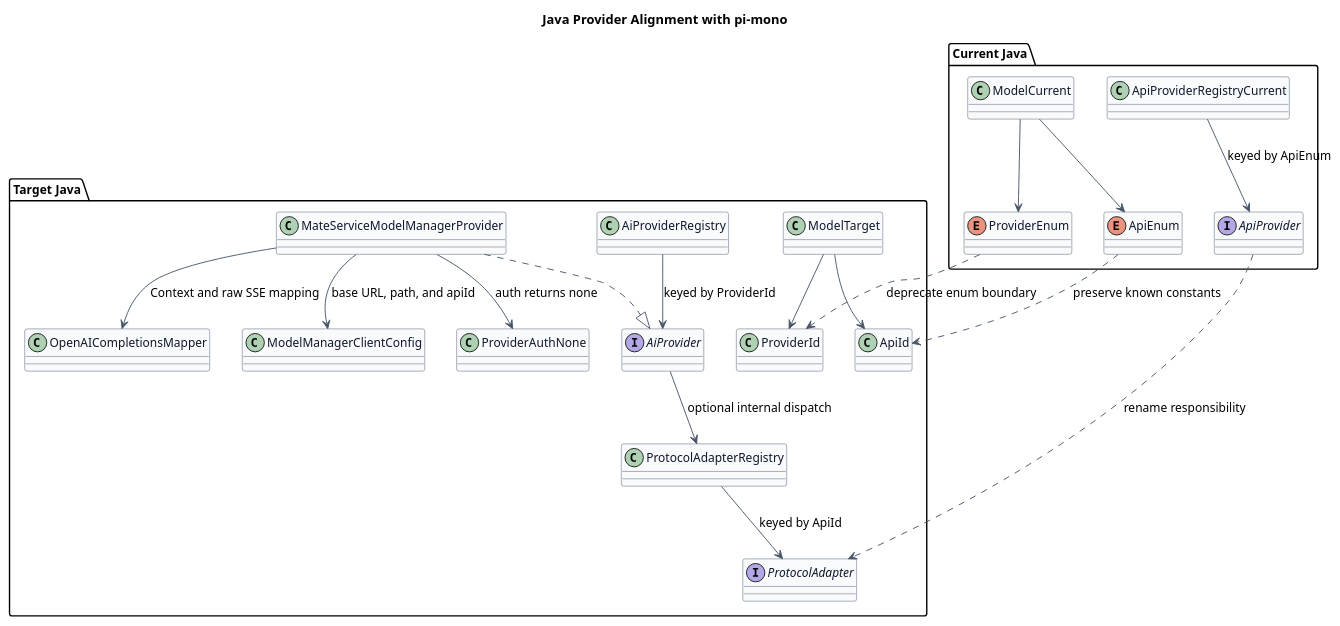
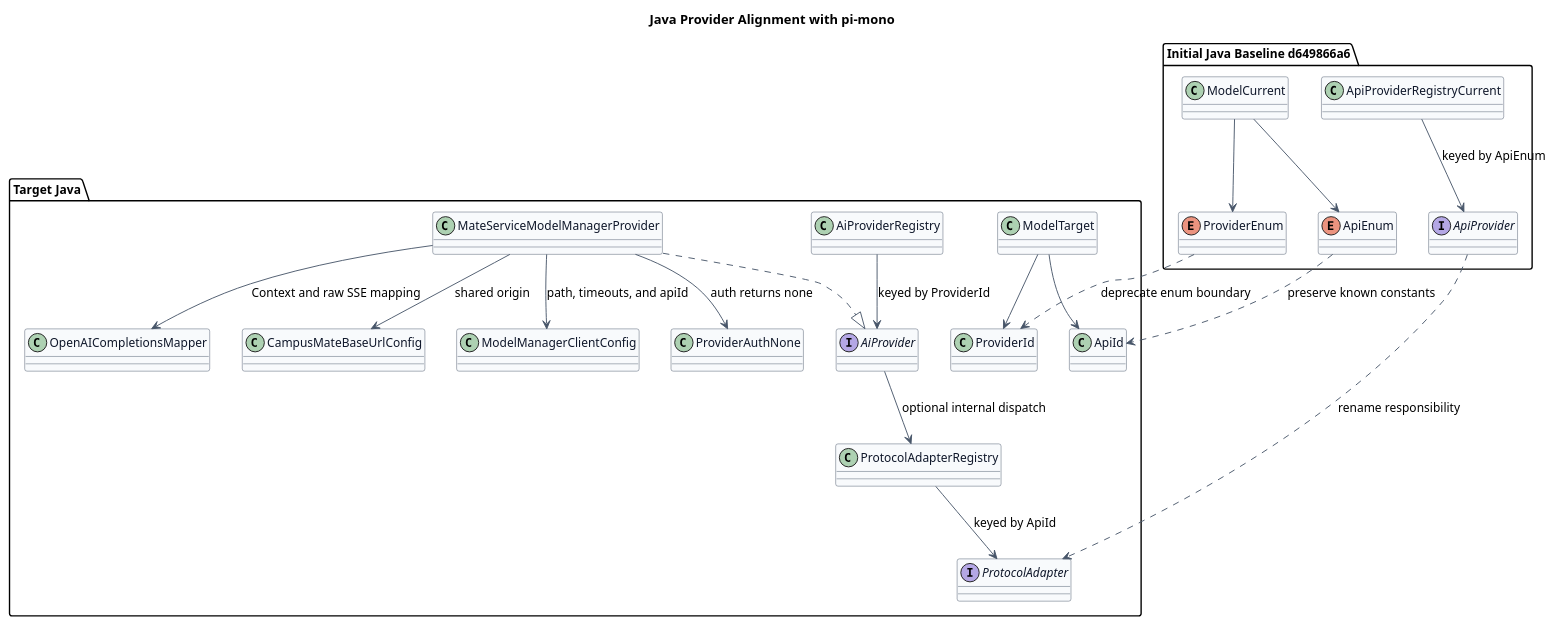
One commit to ssm0808/pi-mono-java-design changed the fourth of 5 diagrams in model-manager-provider-contract/diagram.puml. Above: the diagram before and after it, drawn with PlantUML. The commit also changed other lines of this file and 9 other files, not shown here.

```diff
--- a/model-manager-provider-contract/diagram.puml
+++ b/model-manager-provider-contract/diagram.puml
@@ -221,61 +226,65 @@
 @startuml java_provider_alignment
 title Java Provider Alignment with pi-mono
 
 ' Source evidence:
 ' pi-mono packages/ai/src/models.ts: Provider and Models registry keyed by provider.id
 ' pi-mono packages/ai/src/api/openai-completions.ts: Chat conversion and stream processing
 ' pi-mono-java modules/ai/src/main/java/com/campusclaw/ai/provider/ApiProviderRegistry.java: registry keyed by Api
 ' pi-mono-java modules/ai/src/main/java/com/campusclaw/ai/provider/openai/OpenAICompletionsProvider.java: current Chat mapper
 ' pi-mono-java modules/ai/src/main/java/com/campusclaw/ai/types/Provider.java: closed enum with CUSTOM
-' Java divergence: current Java models protocol adapters as providers and cannot preserve arbitrary provider identity.
+' pi-mono-java modules/coding-agent-cli/src/main/resources/application.yml:89-108, split CampusMate base URLs
+' Java divergence: the initial d649866a6 baseline models protocol adapters as providers and cannot preserve arbitrary provider identity.
 ' Architecture change: add open ProviderId and ApiId values, resolve AiProvider by providerId, and configure apiId internally.
+' Architecture change: inject campusmate.base-url separately from Model Manager path, timeouts, and apiId.
 
 skinparam backgroundColor #FFFFFF
 skinparam shadowing false
 skinparam defaultFontName Arial
 skinparam defaultFontSize 13
 skinparam class {
   BackgroundColor #F8FAFC
   BorderColor #475569
   FontColor #0F172A
   ArrowColor #475569
 }
 
-package "Current Java" {
+package "Initial Java Baseline d649866a6" {
   enum ProviderEnum
   enum ApiEnum
   class ModelCurrent
   interface ApiProvider
   class ApiProviderRegistryCurrent
   ModelCurrent --> ProviderEnum
   ModelCurrent --> ApiEnum
   ApiProviderRegistryCurrent --> ApiProvider : keyed by ApiEnum
 }
 
 package "Target Java" {
   class ProviderId
   class ApiId
   class ModelTarget
   interface AiProvider
   class AiProviderRegistry
   interface ProtocolAdapter
   class ProtocolAdapterRegistry
   class ProviderAuthNone
   class MateServiceModelManagerProvider
   class OpenAICompletionsMapper
+  class CampusMateBaseUrlConfig
   class ModelManagerClientConfig
   ModelTarget --> ProviderId
   ModelTarget --> ApiId
   AiProviderRegistry --> AiProvider : keyed by ProviderId
   AiProvider --> ProtocolAdapterRegistry : optional internal dispatch
   ProtocolAdapterRegistry --> ProtocolAdapter : keyed by ApiId
   MateServiceModelManagerProvider ..|> AiProvider
   MateServiceModelManagerProvider --> ProviderAuthNone : auth returns none
   MateServiceModelManagerProvider --> OpenAICompletionsMapper : Context and raw SSE mapping
-  MateServiceModelManagerProvider --> ModelManagerClientConfig : base URL, path, and apiId
+  MateServiceModelManagerProvider --> CampusMateBaseUrlConfig : shared origin
+  MateServiceModelManagerProvider --> ModelManagerClientConfig : path, timeouts, and apiId
 }
 
 ProviderEnum ..> ProviderId : deprecate enum boundary
 ApiEnum ..> ApiId : preserve known constants
 ApiProvider ..> ProtocolAdapter : rename responsibility
 @enduml
```
